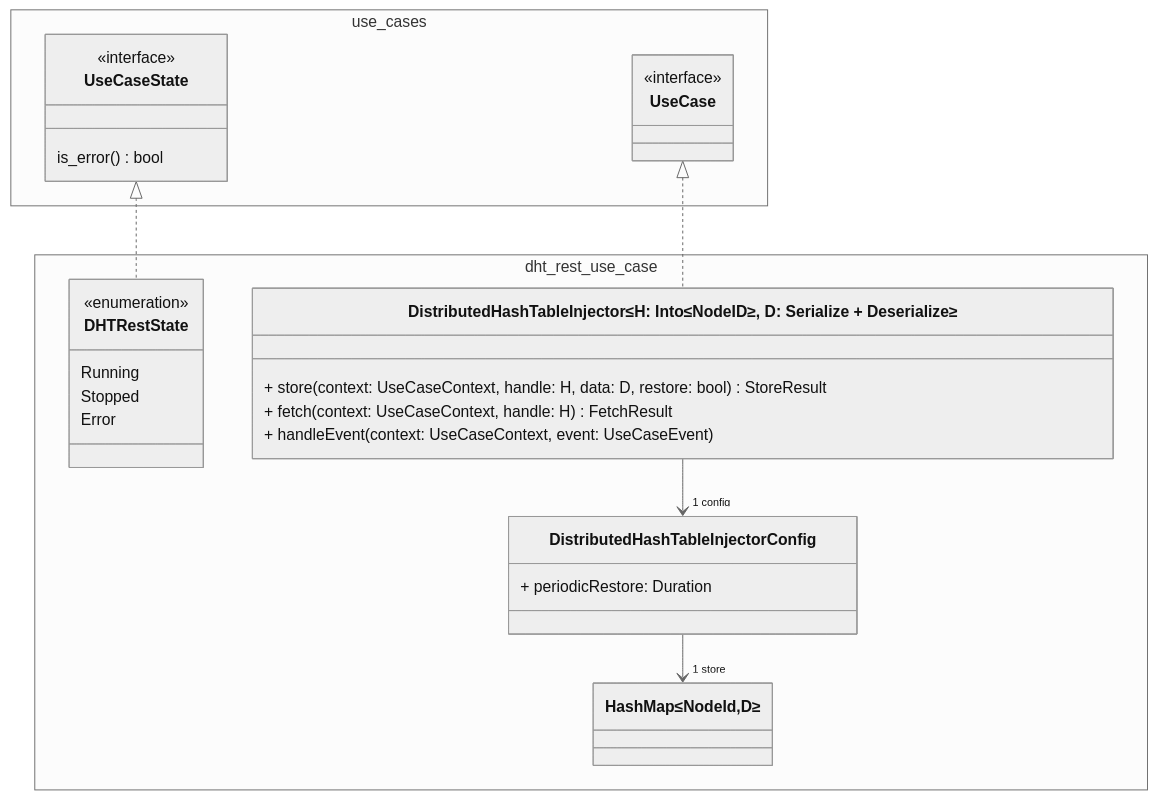
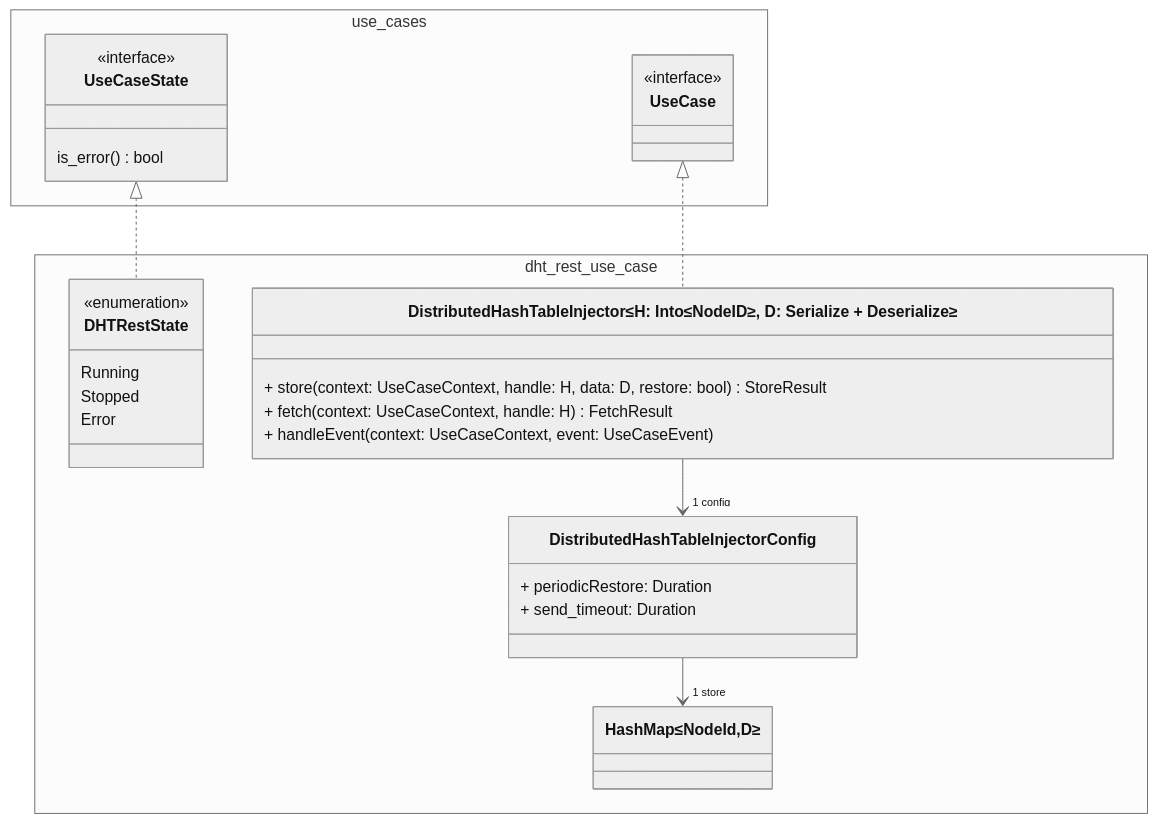
The third of 3 diagrams in dht-draft.md (kit-tm/KIRA-Rust), drawn with Mermaid (neutral theme) before and after one commit.

Commit message:
Move send_timeout in correct use_case

````diff
--- a/dht-draft.md
+++ b/dht-draft.md
@@ -186,35 +185,36 @@
 ```mermaid
 classDiagram
     namespace use_cases {
         class UseCaseState {
             <<interface>>
             is_error() bool
         }
 
         class UseCase {
             <<interface>>
         }
     }
     namespace dht_rest_use_case {
         class DHTRestState {
             <<enumeration>>
             Running
             Stopped
             Error
         }
         class DistributedHashTableInjector["DistributedHashTableInjector≤H: Into≤NodeID≥, D: Serialize + Deserialize≥"] {
             + store(context: UseCaseContext, handle: H, data: D, restore: bool) StoreResult
             + fetch(context: UseCaseContext, handle: H) FetchResult
             + handleEvent(context: UseCaseContext, event: UseCaseEvent)
         }
         class DistributedHashTableInjectorConfig {
             + periodicRestore: Duration
+            + send_timeout: Duration
         }
         
         class HashMap["HashMap≤NodeId,D≥"]
     }
     DistributedHashTableInjector --> "1 config" DistributedHashTableInjectorConfig
     DistributedHashTableInjectorConfig --> "1 store" HashMap
     UseCase <|.. DistributedHashTableInjector
     UseCaseState <|.. DHTRestState
 ```
````
